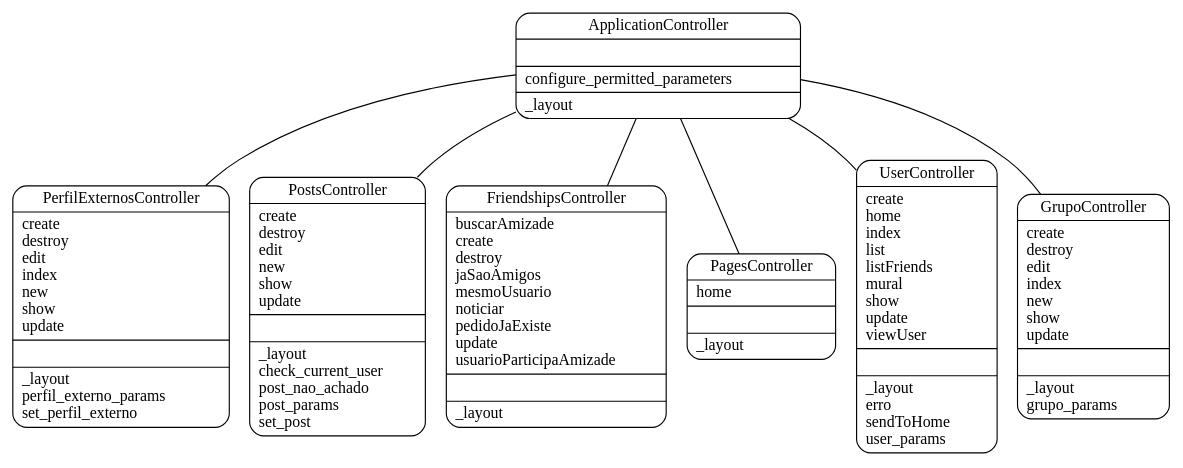
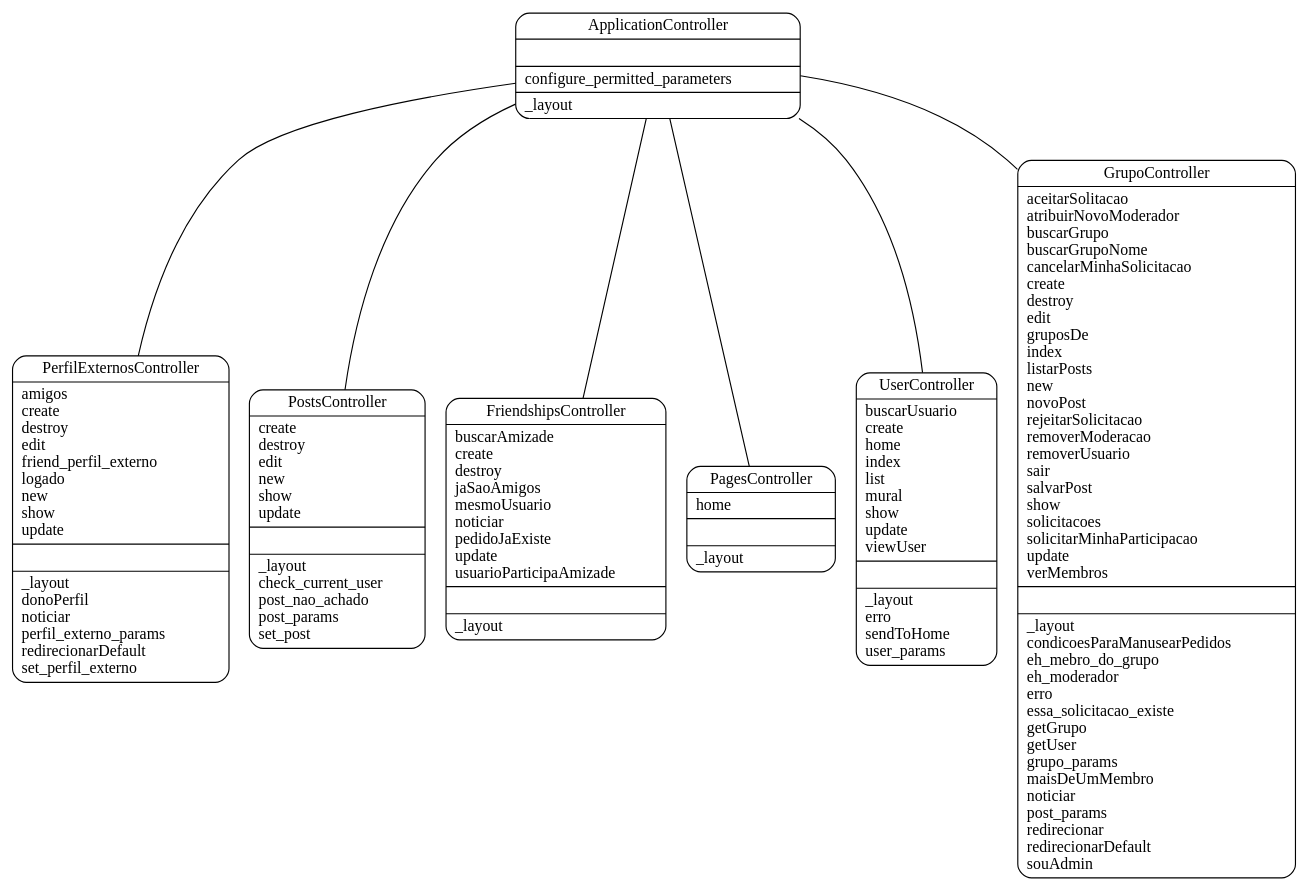
One commit to RSAP/RSAP changed the diagram in doc/UML/Material/controllers/uml.dot. Above: the diagram before and after it, drawn with Graphviz. The commit also changed other lines of this file and 2 other files, not shown here.

```diff
--- a/doc/UML/Material/controllers/uml.dot
+++ b/doc/UML/Material/controllers/uml.dot
@@ -1,18 +1,21 @@
+
 digraph controllers_diagram {
 	graph[overlap=false, splines=true, bgcolor="none"]
-	"PerfilExternosController" [shape=Mrecord, label="{PerfilExternosController|create\ldestroy\ledit\lindex\lnew\lshow\lupdate\l|\l|_layout\lperfil_externo_params\lset_perfil_externo\l}"]
+	"PerfilExternosController" [shape=Mrecord, label="{PerfilExternosController|amigos\lcreate\ldestroy\ledit\lfriend_perfil_externo\llogado\lnew\lshow\lupdate\l|\l|_layout\ldonoPerfil\lnoticiar\lperfil_externo_params\lredirecionarDefault\lset_perfil_externo\l}"]
 	"ApplicationController" [shape=Mrecord, label="{ApplicationController|\l|configure_permitted_parameters\l|_layout\l}"]
 	"PostsController" [shape=Mrecord, label="{PostsController|create\ldestroy\ledit\lnew\lshow\lupdate\l|\l|_layout\lcheck_current_user\lpost_nao_achado\lpost_params\lset_post\l}"]
 	"FriendshipsController" [shape=Mrecord, label="{FriendshipsController|buscarAmizade\lcreate\ldestroy\ljaSaoAmigos\lmesmoUsuario\lnoticiar\lpedidoJaExiste\lupdate\lusuarioParticipaAmizade\l|\l|_layout\l}"]
 	"PagesController" [shape=Mrecord, label="{PagesController|home\l|\l|_layout\l}"]
-	"UserController" [shape=Mrecord, label="{UserController|create\lhome\lindex\llist\llistFriends\lmural\lshow\lupdate\lviewUser\l|\l|_layout\lerro\lsendToHome\luser_params\l}"]
-	"GrupoController" [shape=Mrecord, label="{GrupoController|create\ldestroy\ledit\lindex\lnew\lshow\lupdate\l|\l|_layout\lgrupo_params\l}"]
+	"UserController" [shape=Mrecord, label="{UserController|buscarUsuario\lcreate\lhome\lindex\llist\lmural\lshow\lupdate\lviewUser\l|\l|_layout\lerro\lsendToHome\luser_params\l}"]
+	"GrupoController" [shape=Mrecord, label="{GrupoController|aceitarSolitacao\latribuirNovoModerador\lbuscarGrupo\lbuscarGrupoNome\lcancelarMinhaSolicitacao\lcreate\ldestroy\ledit\lgruposDe\lindex\llistarPosts\lnew\lnovoPost\lrejeitarSolicitacao\lremoverModeracao\lremoverUsuario\lsair\lsalvarPost\lshow\lsolicitacoes\lsolicitarMinhaParticipacao\lupdate\lverMembros\l|\l|_layout\lcondicoesParaManusearPedidos\leh_mebro_do_grupo\leh_moderador\lerro\lessa_solicitacao_existe\lgetGrupo\lgetUser\lgrupo_params\lmaisDeUmMembro\lnoticiar\lpost_params\lredirecionar\lredirecionarDefault\lsouAdmin\l}"]
 
+    
     "ApplicationController" -> "PerfilExternosController" [label="", arrowhead="none", arrowtail="onormal"]
     "ApplicationController" -> "PostsController" [label="", arrowhead="none", arrowtail="onormal"]
     "ApplicationController" -> "FriendshipsController" [label="", arrowhead="none", arrowtail="onormal"]
     "ApplicationController" -> "UserController" [label="", arrowhead="none", arrowtail="onormal"]
     "ApplicationController" -> "GrupoController" [label="", arrowhead="none", arrowtail="onormal"]
     "ApplicationController" -> "PagesController" [label="", arrowhead="none", arrowtail="onormal"]
+
     
 }
```
